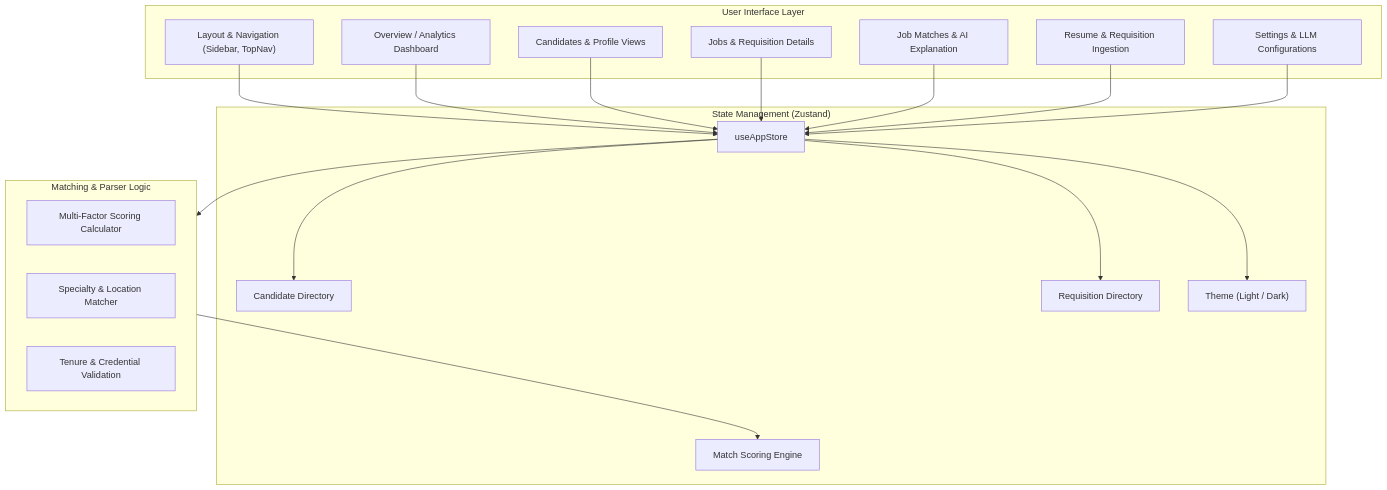
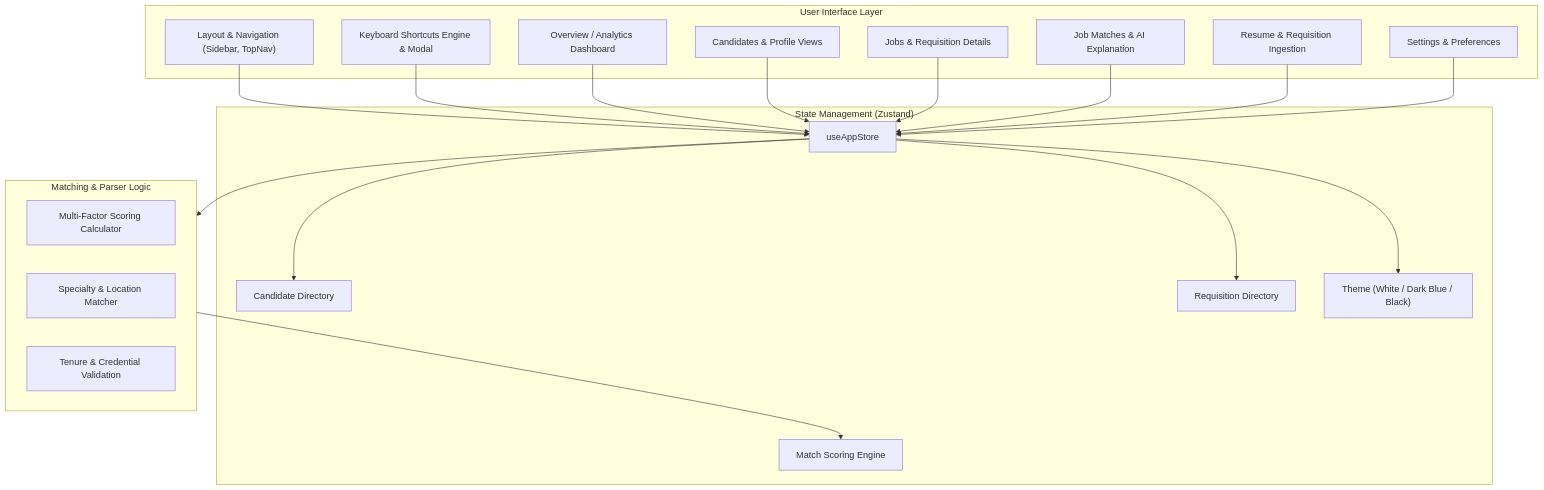
One commit to codewithabhiishek/TalentMatch changed the diagram in README.md. Above: the diagram before and after it, drawn with Mermaid. The commit also changed other lines of this file and 3 other files, not shown here.

````diff
--- a/README.md
+++ b/README.md
@@ -69,40 +110,42 @@
 ```mermaid
 flowchart TD
     subgraph UI ["User Interface Layer"]
         Layout["Layout & Navigation (Sidebar, TopNav)"]
         OverviewPage["Overview / Analytics Dashboard"]
         CandidatePages["Candidates & Profile Views"]
         JobPages["Jobs & Requisition Details"]
         MatchPage["Job Matches & AI Explanation"]
         ImportPages["Resume & Requisition Ingestion"]
-        SettingsPage["Settings & LLM Configurations"]
+        SettingsPage["Settings & Preferences"]
+        Shortcuts["Keyboard Shortcuts Engine & Modal"]
     end
 
     subgraph State ["State Management (Zustand)"]
         Store["useAppStore"]
         CandidatesState["Candidate Directory"]
         JobsState["Requisition Directory"]
         MatchesState["Match Scoring Engine"]
-        ThemeState["Theme (Light / Dark)"]
+        ThemeState["Theme (White / Dark Blue / Black)"]
     end
 
     subgraph Engine ["Matching & Parser Logic"]
         Scorer["Multi-Factor Scoring Calculator"]
         SpecialtyFilter["Specialty & Location Matcher"]
         ExperienceEvaluator["Tenure & Credential Validation"]
     end
 
     Layout --> Store
+    Shortcuts --> Store
     OverviewPage --> Store
     CandidatePages --> Store
     JobPages --> Store
     MatchPage --> Store
     ImportPages --> Store
     SettingsPage --> Store
 
     Store --> Engine
     Engine --> MatchesState
     Store --> CandidatesState
     Store --> JobsState
     Store --> ThemeState
 ```
````
